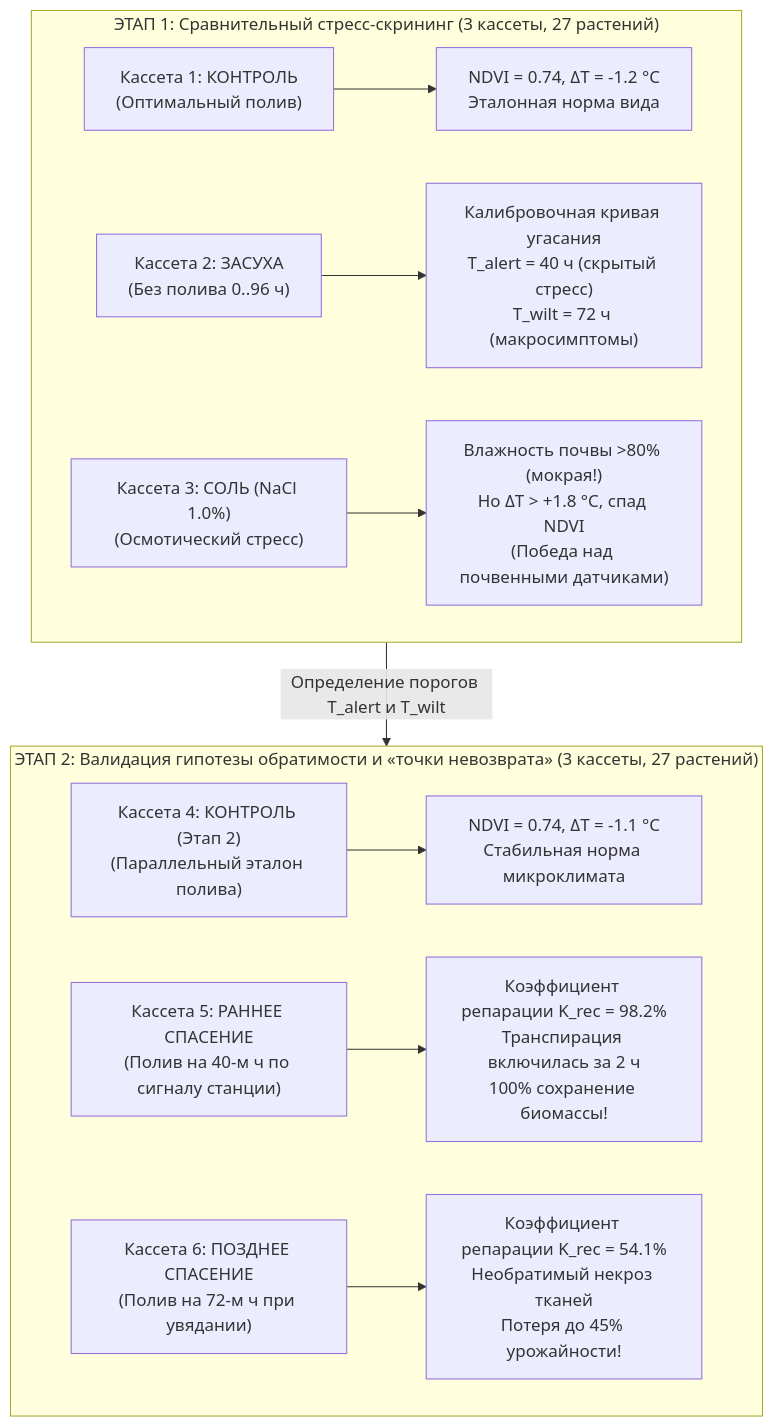
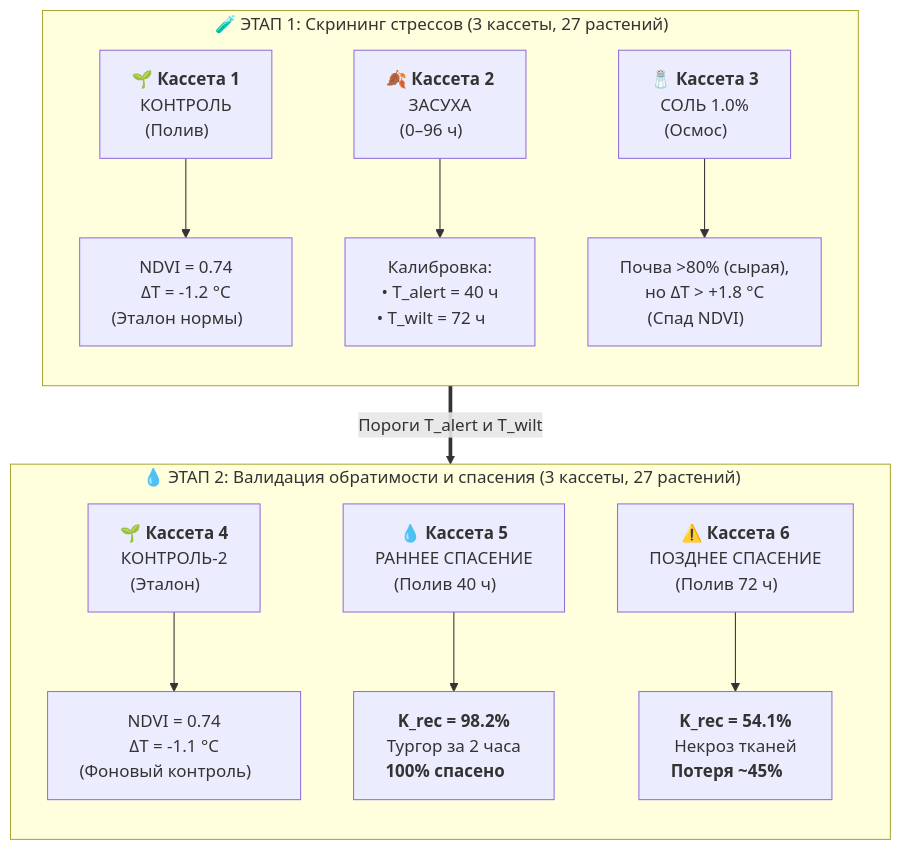
One commit to ezicvtumane/plant-stress-ndvi changed the diagram in README.md. Above: the diagram before and after it, drawn with Mermaid. The commit also changed other lines of this file, not shown here.

Commit message:
docs(readme): fix mermaid text clipping on github, compact nodes and add summary table

````diff
--- a/README.md
+++ b/README.md
@@ -175,16 +175,18 @@
 ```mermaid
 flowchart TD
-    subgraph Phase1["ЭТАП 1: Сравнительный стресс-скрининг (3 кассеты, 27 растений)"]
-        P1_C1["Кассета 1: КОНТРОЛЬ<br/>(Оптимальный полив)"] --> P1_R1["NDVI = 0.74, ΔT = -1.2 °C<br/>Эталонная норма вида"]
-        P1_C2["Кассета 2: ЗАСУХА<br/>(Без полива 0..96 ч)"] --> P1_R2["Калибровочная кривая угасания<br/>T_alert = 40 ч (скрытый стресс)<br/>T_wilt = 72 ч (макросимптомы)"]
-        P1_C3["Кассета 3: СОЛЬ (NaCl 1.0%)<br/>(Осмотический стресс)"] --> P1_R3["Влажность почвы >80% (мокрая!)<br/>Но ΔT > +1.8 °C, спад NDVI<br/>(Победа над почвенными датчиками)"]
+    subgraph Phase1["🧪 ЭТАП 1: Скрининг стрессов (3 кассеты, 27 растений)&nbsp;&nbsp;&nbsp;&nbsp;"]
+        direction TB
+        P1_C1["🌱 <b>Кассета 1</b><br/>КОНТРОЛЬ<br/>(Полив)&nbsp;&nbsp;&nbsp;&nbsp;"] --> P1_R1["NDVI = 0.74<br/>ΔT = -1.2 °C<br/>(Эталон нормы)&nbsp;&nbsp;&nbsp;&nbsp;"]
+        P1_C2["🍂 <b>Кассета 2</b><br/>ЗАСУХА<br/>(0–96 ч)&nbsp;&nbsp;&nbsp;&nbsp;"] --> P1_R2["Калибровка:<br/>• T_alert = 40 ч<br/>• T_wilt = 72 ч&nbsp;&nbsp;&nbsp;&nbsp;"]
+        P1_C3["🧂 <b>Кассета 3</b><br/>СОЛЬ 1.0%<br/>(Осмос)&nbsp;&nbsp;&nbsp;&nbsp;"] --> P1_R3["Почва >80% (сырая),<br/>но ΔT > +1.8 °C<br/>(Спад NDVI)&nbsp;&nbsp;&nbsp;&nbsp;"]
     end
 
-    subgraph Phase2["ЭТАП 2: Валидация гипотезы обратимости и «точки невозврата» (3 кассеты, 27 растений)"]
-        P2_C4["Кассета 4: КОНТРОЛЬ (Этап 2)<br/>(Параллельный эталон полива)"] --> P2_R1["NDVI = 0.74, ΔT = -1.1 °C<br/>Стабильная норма микроклимата"]
-        P2_C5["Кассета 5: РАННЕЕ СПАСЕНИЕ<br/>(Полив на 40-м ч по сигналу станции)"] --> P2_R4["Коэффициент репарации K_rec = 98.2%<br/>Транспирация включилась за 2 ч<br/>100% сохранение биомассы!"]
-        P2_C6["Кассета 6: ПОЗДНЕЕ СПАСЕНИЕ<br/>(Полив на 72-м ч при увядании)"] --> P2_R5["Коэффициент репарации K_rec = 54.1%<br/>Необратимый некроз тканей<br/>Потеря до 45% урожайности!"]
+    subgraph Phase2["💧 ЭТАП 2: Валидация обратимости и спасения (3 кассеты, 27 растений)&nbsp;&nbsp;&nbsp;&nbsp;"]
+        direction TB
+        P2_C4["🌱 <b>Кассета 4</b><br/>КОНТРОЛЬ-2<br/>(Эталон)&nbsp;&nbsp;&nbsp;&nbsp;"] --> P2_R4["NDVI = 0.74<br/>ΔT = -1.1 °C<br/>(Фоновый контроль)&nbsp;&nbsp;&nbsp;&nbsp;"]
+        P2_C5["💧 <b>Кассета 5</b><br/>РАННЕЕ СПАСЕНИЕ<br/>(Полив 40 ч)&nbsp;&nbsp;&nbsp;&nbsp;"] --> P2_R5["<b>K_rec = 98.2%</b><br/>Тургор за 2 часа<br/><b>100% спасено</b>&nbsp;&nbsp;&nbsp;&nbsp;"]
+        P2_C6["⚠️ <b>Кассета 6</b><br/>ПОЗДНЕЕ СПАСЕНИЕ<br/>(Полив 72 ч)&nbsp;&nbsp;&nbsp;&nbsp;"] --> P2_R6["<b>K_rec = 54.1%</b><br/>Некроз тканей<br/><b>Потеря ~45%</b>&nbsp;&nbsp;&nbsp;&nbsp;"]
     end
 
-    Phase1 -->|Определение порогов T_alert и T_wilt| Phase2
+    Phase1 ==>|Пороги T_alert и T_wilt| Phase2
 ```
````
